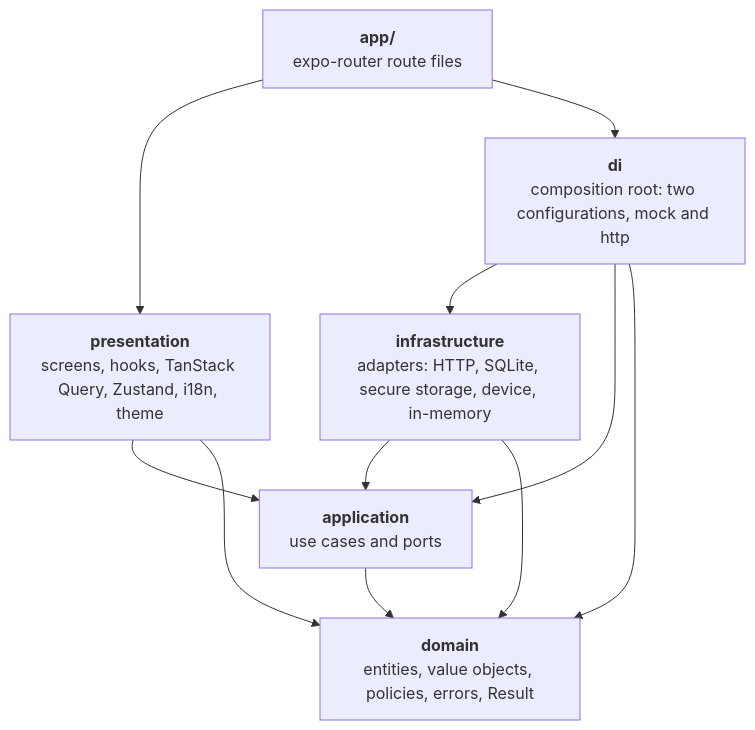
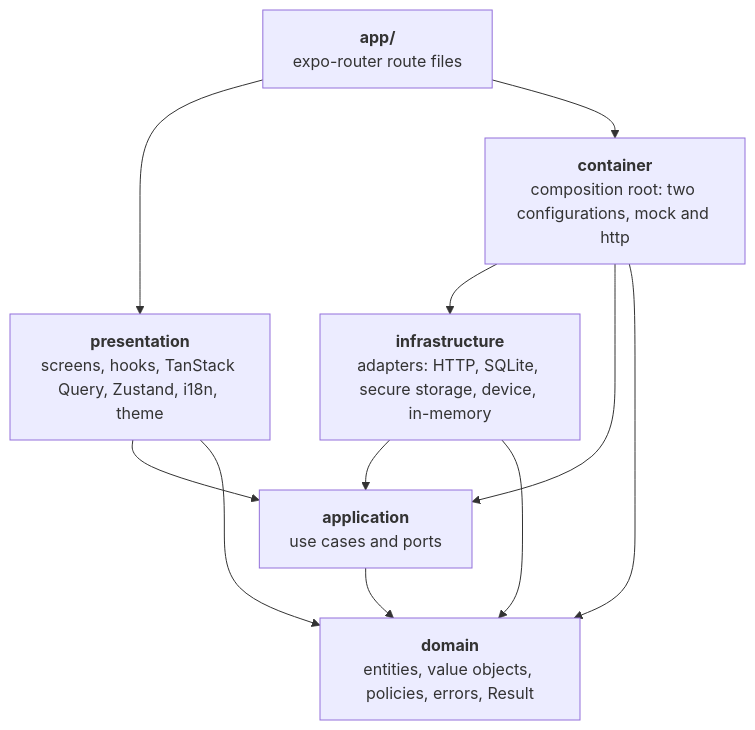
The first of 2 diagrams in docs/architecture.md (Rileyjrjohns/boardroom), drawn with Mermaid before and after one commit. The commit also changed other lines of this file and 1016 other files, not shown here.

````diff
--- a/docs/architecture.md
+++ b/docs/architecture.md
@@ -7,20 +39,20 @@
 ```mermaid
 flowchart TD
     app["<b>app/</b><br/>expo-router route files"]
     presentation["<b>presentation</b><br/>screens, hooks, TanStack Query, Zustand, i18n, theme"]
-    di["<b>di</b><br/>composition root: two configurations, mock and http"]
+    container["<b>container</b><br/>composition root: two configurations, mock and http"]
     infrastructure["<b>infrastructure</b><br/>adapters: HTTP, SQLite, secure storage, device, in-memory"]
     application["<b>application</b><br/>use cases and ports"]
     domain["<b>domain</b><br/>entities, value objects, policies, errors, Result"]
 
     app --> presentation
-    app --> di
+    app --> container
     presentation --> application
     presentation --> domain
-    di --> infrastructure
-    di --> application
-    di --> domain
+    container --> infrastructure
+    container --> application
+    container --> domain
     infrastructure --> application
     infrastructure --> domain
     application --> domain
 ```
````
